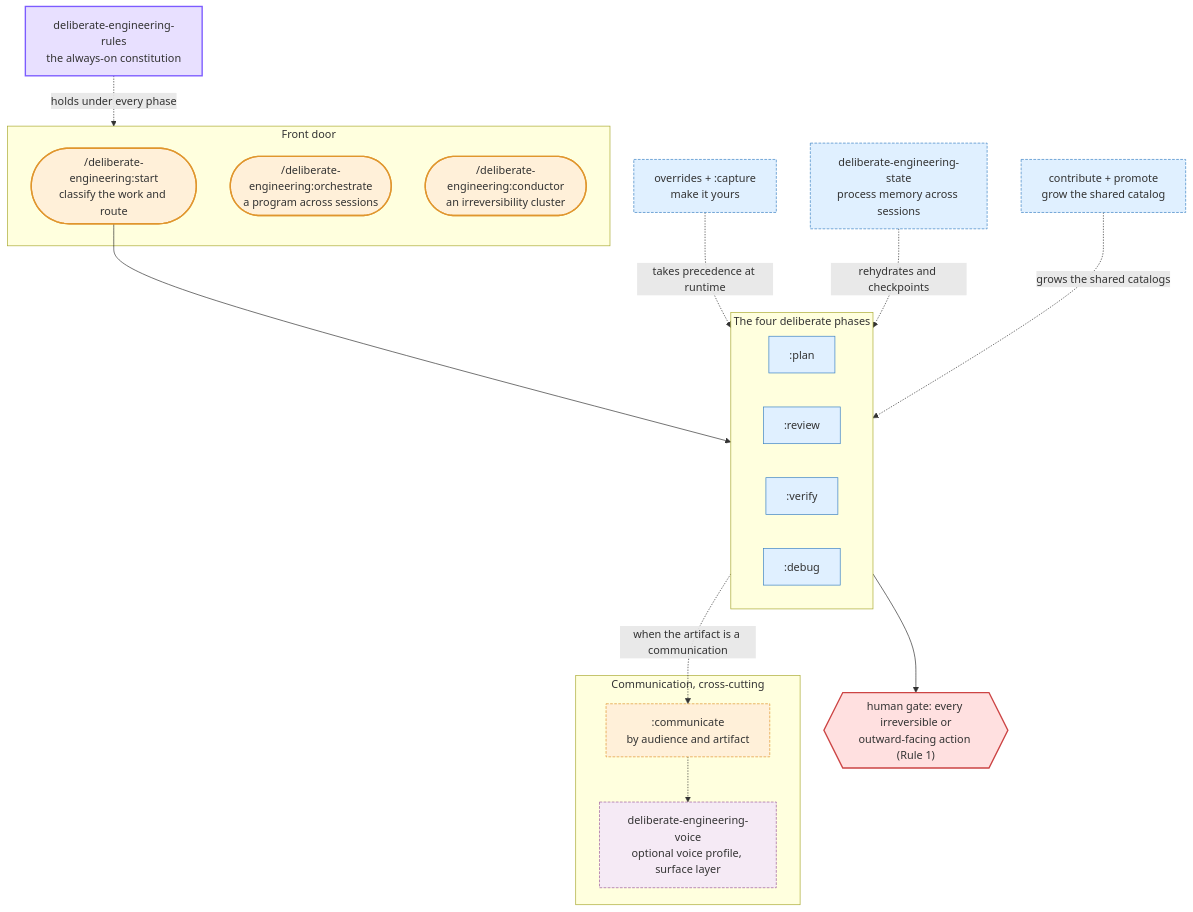
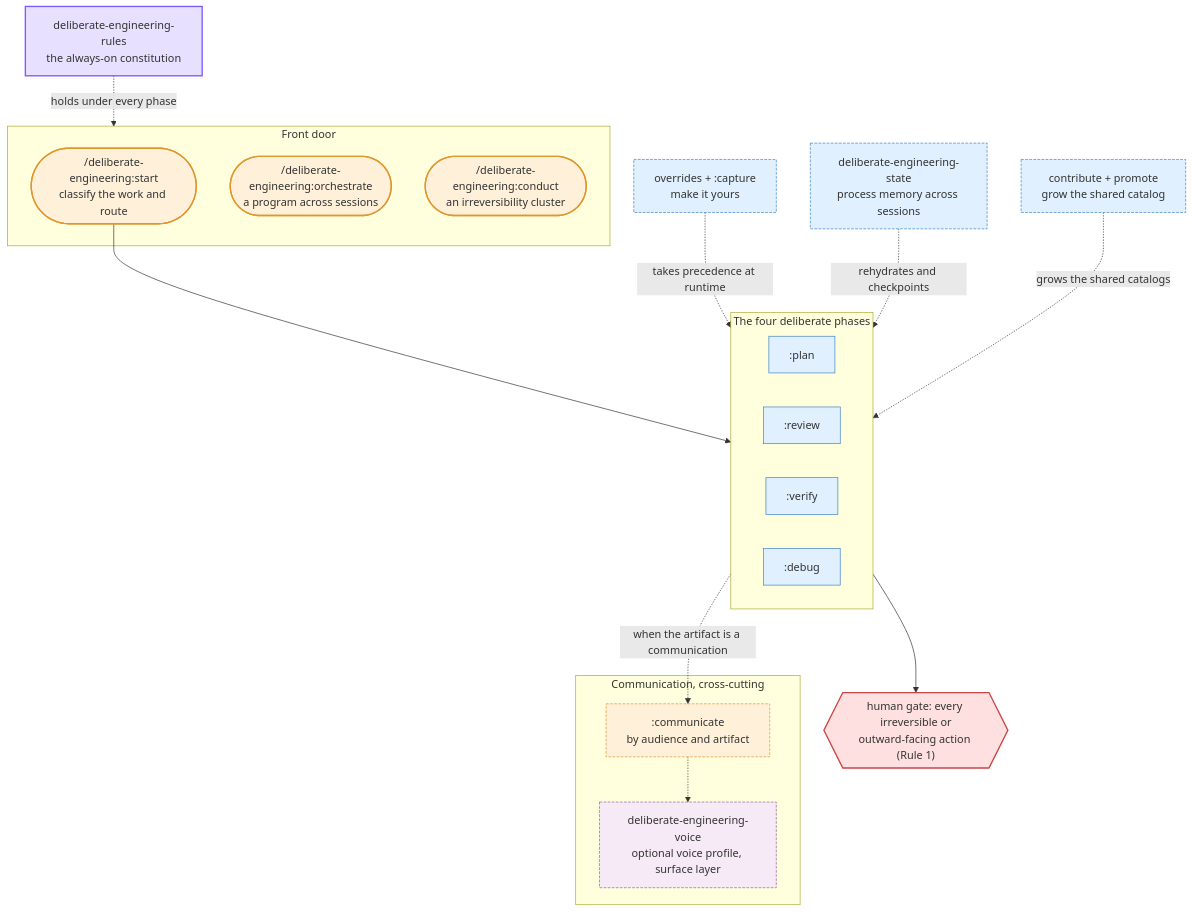
One commit to lucasfugisawa/deliberate-engineering changed the diagram in README.md. Above: the diagram before and after it, drawn with Mermaid. The commit also changed other lines of this file and 9 other files, not shown here.

First line of the commit message:
Rename the conductor skill/command to conduct (0.10.0)

````diff
--- a/README.md
+++ b/README.md
@@ -101,51 +101,51 @@
 ```mermaid
 flowchart TD
     rules["deliberate-engineering-rules<br/>the always-on constitution"]
 
     subgraph front["Front door"]
         start(["/deliberate-engineering:start<br/>classify the work and route"])
         orch(["/deliberate-engineering:orchestrate<br/>a program across sessions"])
-        cond(["/deliberate-engineering:conductor<br/>an irreversibility cluster"])
+        cond(["/deliberate-engineering:conduct<br/>an irreversibility cluster"])
     end
 
     subgraph phases["The four deliberate phases"]
         plan[":plan"]
         review[":review"]
         verify[":verify"]
         debug[":debug"]
     end
 
     subgraph commsbox["Communication, cross-cutting"]
         communicate[":communicate<br/>by audience and artifact"]
         voice["deliberate-engineering-voice<br/>optional voice profile, surface layer"]
     end
 
     yours["overrides + :capture<br/>make it yours"]
     author["contribute + promote<br/>grow the shared catalog"]
     state["deliberate-engineering-state<br/>process memory across sessions"]
     gate{{"human gate: every irreversible or<br/>outward-facing action (Rule 1)"}}
 
     rules -.->|holds under every phase| front
     start --> phases
     phases -.->|when the artifact is a communication| communicate
     communicate -.-> voice
     yours -.->|takes precedence at runtime| phases
     state -.->|rehydrates and checkpoints| phases
     author -.->|grows the shared catalogs| phases
     phases --> gate
 
     classDef constitution fill:#e8e0ff,stroke:#7c5cff,stroke-width:2px;
     classDef router fill:#fff0d9,stroke:#e0962e,stroke-width:2px;
     classDef phase fill:#e0f0ff,stroke:#3b82c4,stroke-width:1px;
     classDef comms fill:#fff0d9,stroke:#e0962e,stroke-width:1px,stroke-dasharray:4 2;
     classDef voice fill:#f5eaf5,stroke:#9c5c9c,stroke-width:1px,stroke-dasharray:4 2;
     classDef personal fill:#e0f0ff,stroke:#3b82c4,stroke-width:1px,stroke-dasharray:4 2;
     classDef gate fill:#ffe0e0,stroke:#cc4444,stroke-width:2px;
     class rules constitution
     class start,orch,cond router
     class plan,review,verify,debug phase
     class communicate comms
     class voice voice
     class yours,author,state personal
     class gate gate
 ```
````
